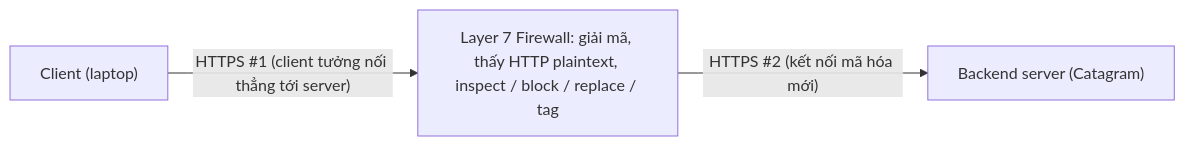
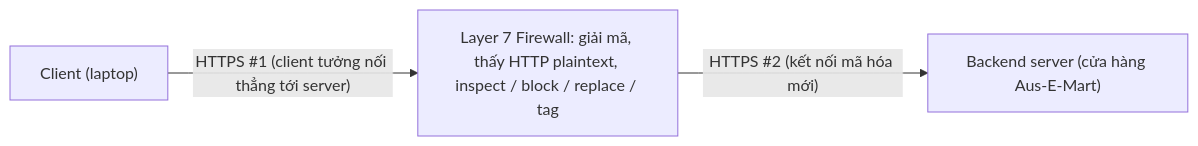
One commit to hairbui76/aws-saa-c03 changed the diagram in data/18 Security Deployment and Operations/Layer 7 Firewall.md. Above: the diagram before and after it, drawn with Mermaid. The commit also changed other lines of this file and 77 other files, not shown here.

````diff
--- a/data/18 Security Deployment and Operations/Layer 7 Firewall.md
+++ b/data/18 Security Deployment and Operations/Layer 7 Firewall.md
@@ -34,5 +35,5 @@
 ```mermaid
 flowchart LR
   C["Client (laptop)"] -->|"HTTPS #1 (client tưởng nối thẳng tới server)"| FW["Layer 7 Firewall: giải mã, thấy HTTP plaintext, inspect / block / replace / tag"]
-  FW -->|"HTTPS #2 (kết nối mã hóa mới)"| S["Backend server (Catagram)"]
+  FW -->|"HTTPS #2 (kết nối mã hóa mới)"| S["Backend server (cửa hàng Aus-E-Mart)"]
 ```
````
